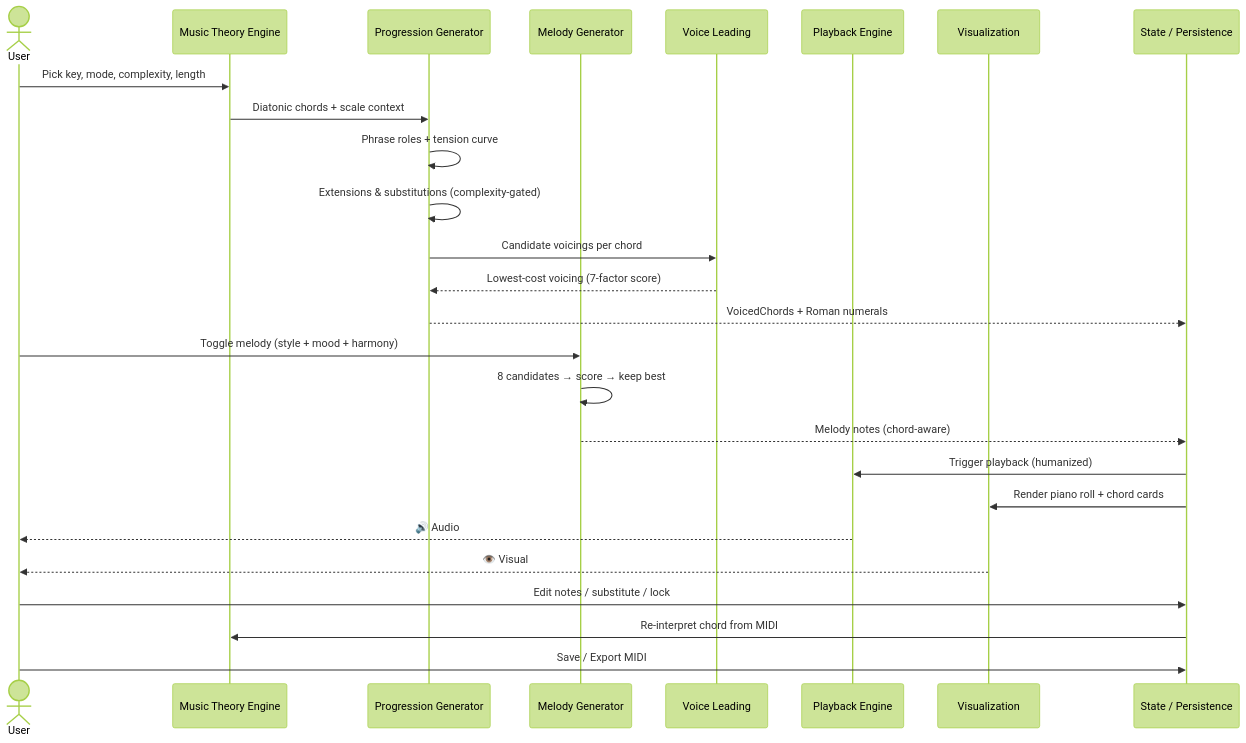
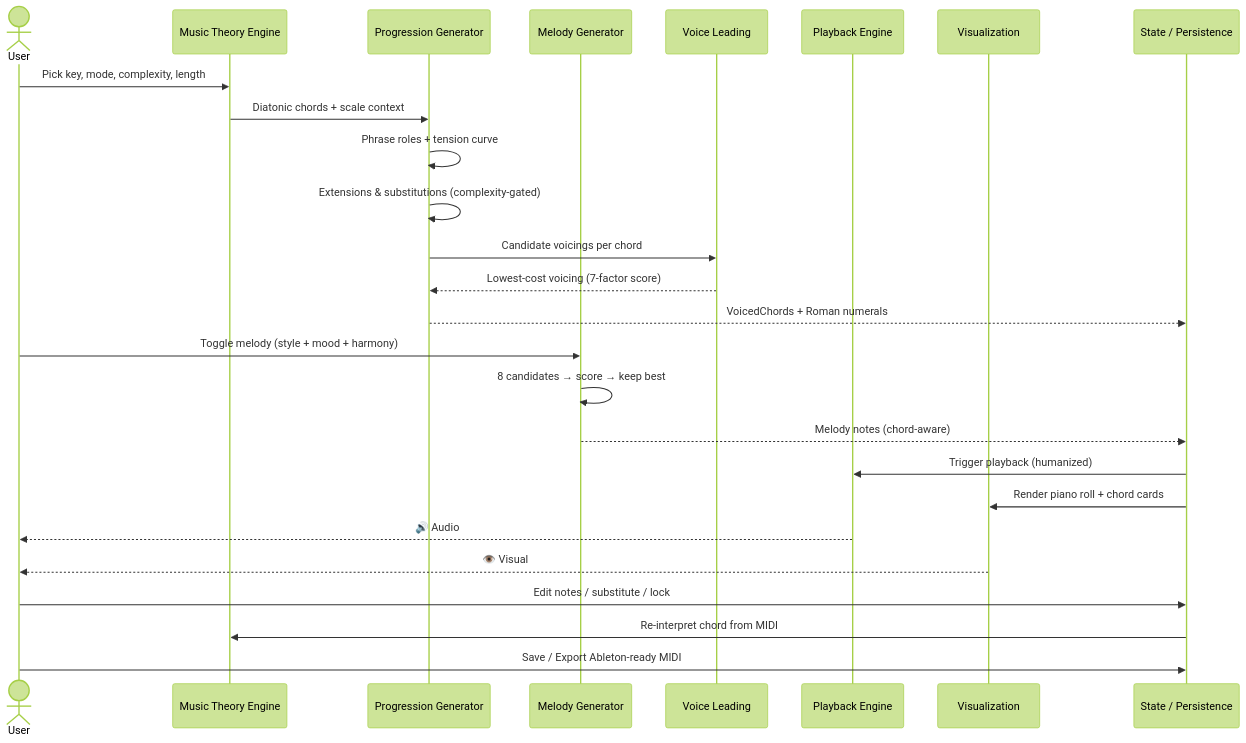
One commit to TGALLOWAY1/Harmonia changed the third of 7 diagrams in README.md. Above: the diagram before and after it, drawn with Mermaid (forest theme). The commit also changed other lines of this file and 6 other files, not shown here.

Commit message:
feat: add Computer-friendly Ableton MIDI export

````diff
--- a/README.md
+++ b/README.md
@@ -269,29 +269,29 @@
 ```mermaid
 sequenceDiagram
     actor User
     participant Theory as Music Theory Engine
     participant Prog as Progression Generator
     participant Mel as Melody Generator
     participant VL as Voice Leading
     participant Play as Playback Engine
     participant Viz as Visualization
     participant Store as State / Persistence
 
     User->>Theory: Pick key, mode, complexity, length
     Theory->>Prog: Diatonic chords + scale context
     Prog->>Prog: Phrase roles + tension curve
     Prog->>Prog: Extensions & substitutions (complexity-gated)
     Prog->>VL: Candidate voicings per chord
     VL-->>Prog: Lowest-cost voicing (7-factor score)
     Prog-->>Store: VoicedChords + Roman numerals
     User->>Mel: Toggle melody (style + mood + harmony)
     Mel->>Mel: 8 candidates → score → keep best
     Mel-->>Store: Melody notes (chord-aware)
     Store->>Play: Trigger playback (humanized)
     Store->>Viz: Render piano roll + chord cards
     Play-->>User: 🔊 Audio
     Viz-->>User: 👁️ Visual
     User->>Store: Edit notes / substitute / lock
     Store->>Theory: Re-interpret chord from MIDI
-    User->>Store: Save / Export MIDI
+    User->>Store: Save / Export Ableton-ready MIDI
 ```
````
